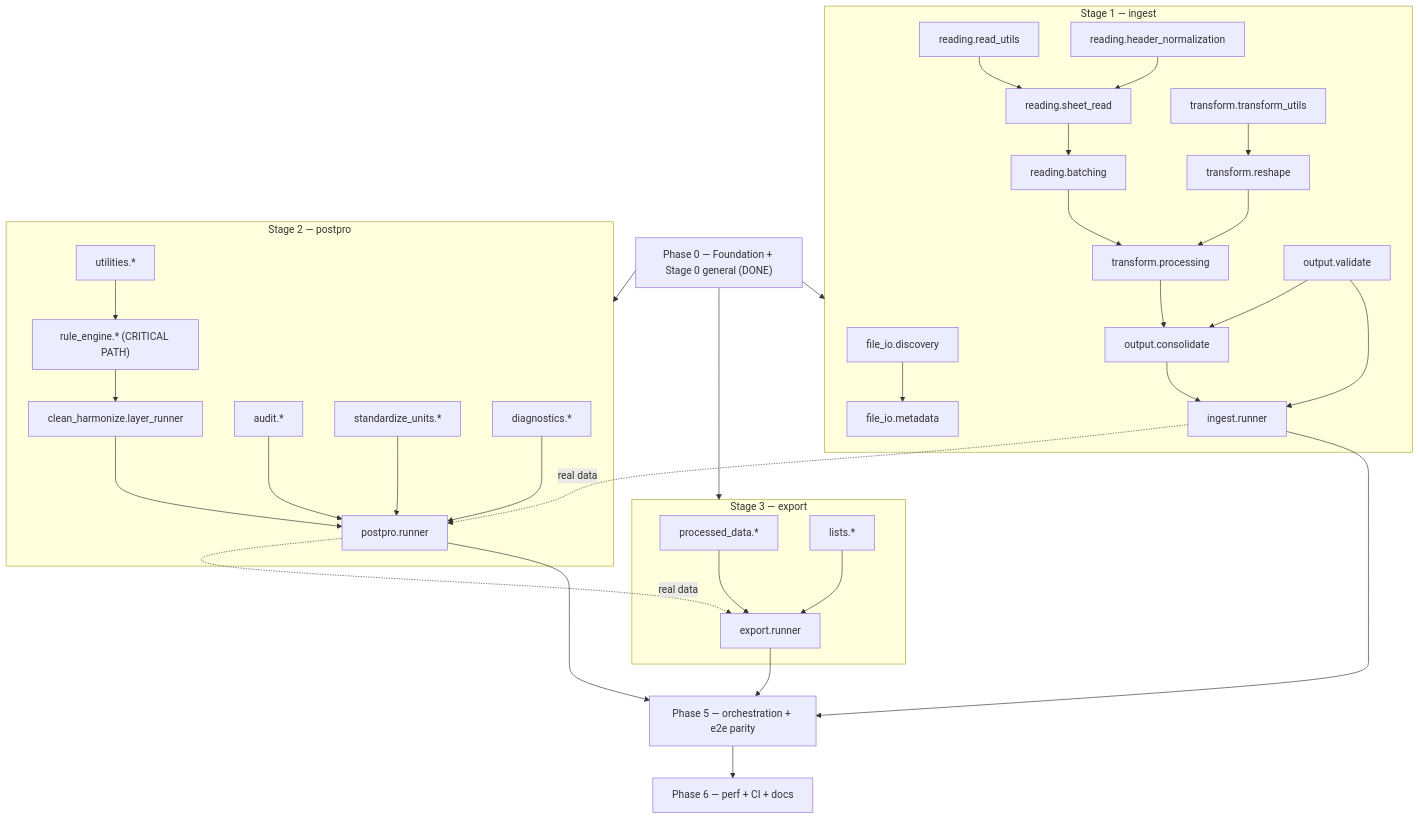
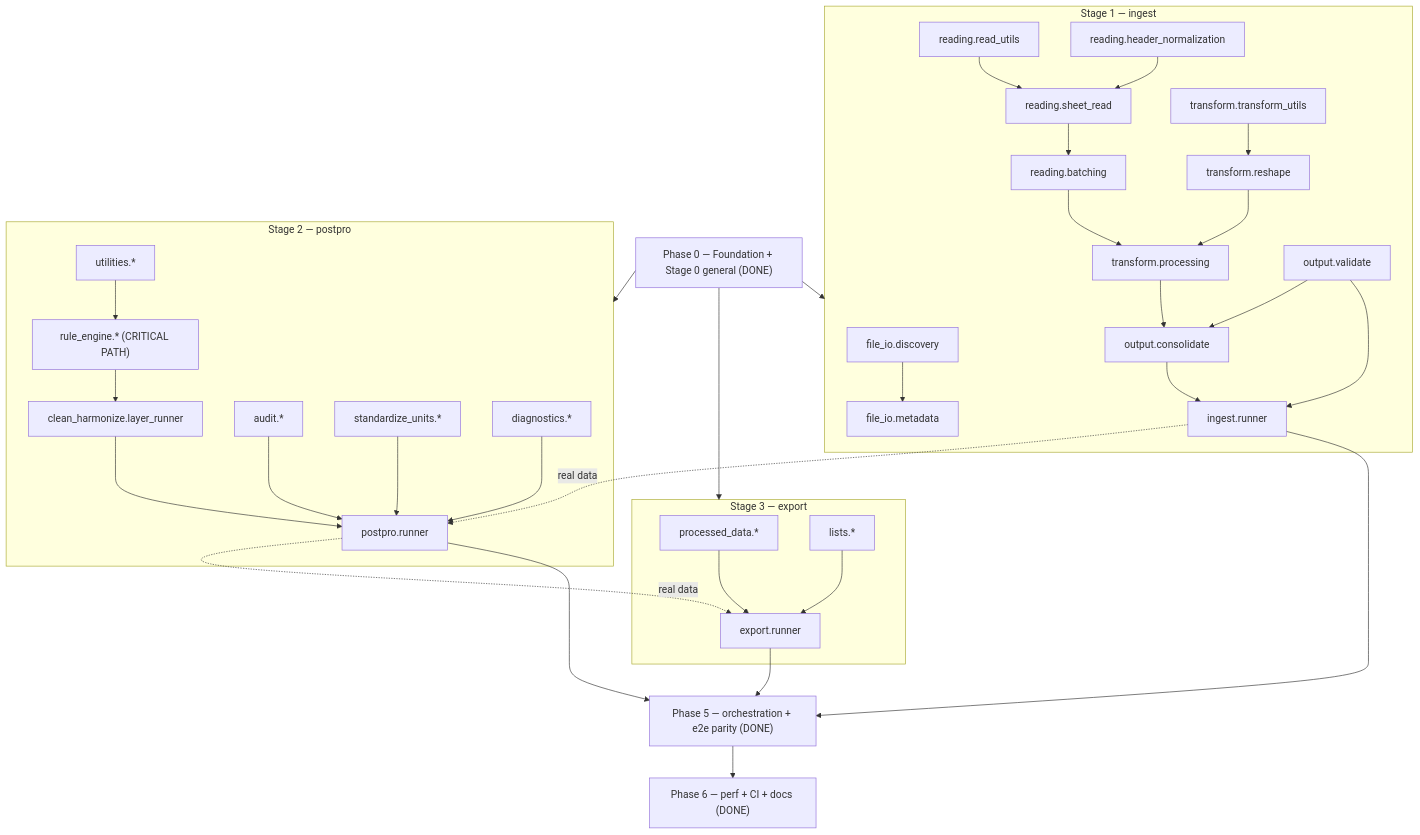
One commit to alvaro-alvarez-redondo/whep-digitalize changed the diagram in .claude/docs/migration-roadmap.md. Above: the diagram before and after it, drawn with Mermaid. The commit also changed other lines of this file and 9 other files, not shown here.

First line of the commit message:
chore(finalize): benchmark + perf metric, coverage gate, hot-path optimization, docs — migration DONE

````diff
--- a/.claude/docs/migration-roadmap.md
+++ b/.claude/docs/migration-roadmap.md
@@ -47,42 +47,42 @@
 ```mermaid
 graph TD
   P0["Phase 0 — Foundation + Stage 0 general (DONE)"]
 
   subgraph S1["Stage 1 — ingest"]
     D[file_io.discovery] --> M[file_io.metadata]
     RU[reading.read_utils] --> SR[reading.sheet_read]
     HN[reading.header_normalization] --> SR
     SR --> BA[reading.batching]
     TU[transform.transform_utils] --> RS[transform.reshape]
     RS --> PR[transform.processing]
     BA --> PR
     VAL[output.validate] --> CON[output.consolidate]
     PR --> CON
     CON --> IRUN[ingest.runner]
     VAL --> IRUN
   end
 
   subgraph S2["Stage 2 — postpro"]
     AUD[audit.*] --> PRUN
     UTIL[utilities.*] --> RENG
     RENG["rule_engine.* (CRITICAL PATH)"] --> CH[clean_harmonize.layer_runner]
     CH --> PRUN[postpro.runner]
     STD[standardize_units.*] --> PRUN
     DIAG[diagnostics.*] --> PRUN
   end
 
   subgraph S3["Stage 3 — export"]
     LAY[processed_data.*] --> ERUN[export.runner]
     LST[lists.*] --> ERUN
   end
 
   P0 --> S1
   P0 --> S2
   P0 --> S3
   IRUN -. real data .-> PRUN
   PRUN -. real data .-> ERUN
-  IRUN --> ORCH["Phase 5 — orchestration + e2e parity"]
+  IRUN --> ORCH["Phase 5 — orchestration + e2e parity (DONE)"]
   PRUN --> ORCH
   ERUN --> ORCH
-  ORCH --> PERF["Phase 6 — perf + CI + docs"]
+  ORCH --> PERF["Phase 6 — perf + CI + docs (DONE)"]
 ```
````
